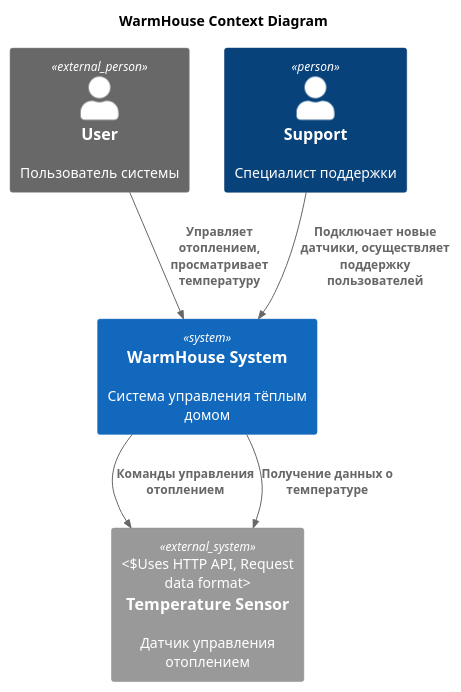
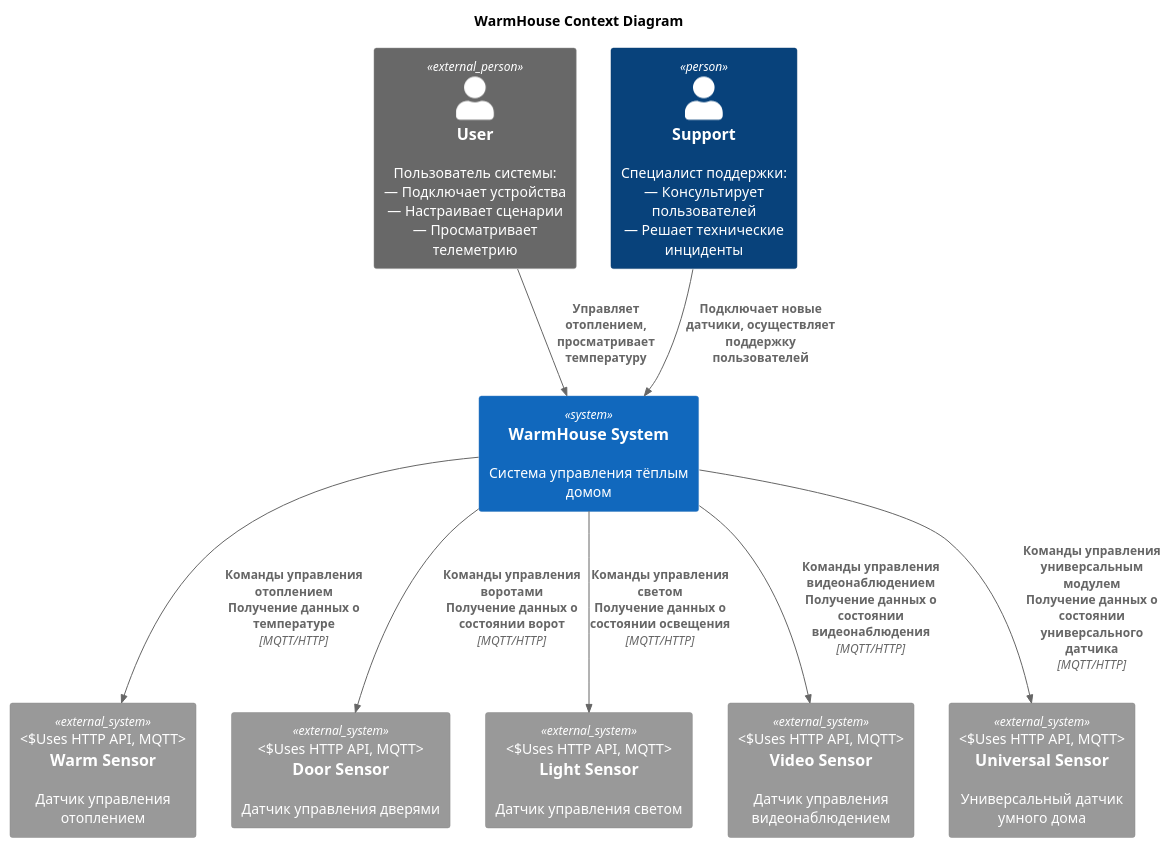
Before and after one commit to oreshkanet/ya-architecture-pro-warmhouse: the diagram in diagrams/context/WarmHouse_Context_TOBE.puml, drawn with PlantUML. The commit also changed 17 other files, not shown here.

Commit message:
Диаграммы context/container

```diff
--- a/diagrams/context/WarmHouse_Context_TOBE.puml
+++ b/diagrams/context/WarmHouse_Context_TOBE.puml
@@ -2,19 +2,28 @@
 @startuml
 title WarmHouse Context Diagram
 
 top to bottom direction
 
-!include ../c4/C4_Component.puml
+!include ../c4/C4_Context.puml
 
-Person_Ext(user, "User", "Пользователь системы ")
-Person(support, "Support", "Специалист поддержки")
+Person_Ext(User, "User", "Пользователь системы:\n— Подключает устройства\n— Настраивает сценарии\n— Просматривает телеметрию")
+Person(Support, "Support", "Специалист поддержки:\n— Консультирует пользователей\n— Решает технические инциденты")
+
 System(WarmHouseSystem, "WarmHouse System", "Система управления тёплым домом")
 
-System_Ext(sensor, "Temperature Sensor", "Датчик управления отоплением", "Uses HTTP API, Request data format")
+System_Ext(WarmSensor, "Warm Sensor", "Датчик управления отоплением", "Uses HTTP API, MQTT")
+System_Ext(DoorSensor, "Door Sensor", "Датчик управления дверями", "Uses HTTP API, MQTT")
+System_Ext(LightSensor, "Light Sensor", "Датчик управления светом", "Uses HTTP API, MQTT")
+System_Ext(VideoSensor, "Video Sensor", "Датчик управления видеонаблюдением", "Uses HTTP API, MQTT")
+System_Ext(UniversalSensor, "Universal Sensor", "Универсальный датчик умного дома", "Uses HTTP API, MQTT")
 
-Rel(user, WarmHouseSystem, "Управляет отоплением, просматривает температуру")
-Rel(support, WarmHouseSystem, "Подключает новые датчики, осуществляет поддержку пользователей")
-Rel(WarmHouseSystem, sensor, "Команды управления отоплением")
-Rel(WarmHouseSystem, sensor, "Получение данных о температуре")
+Rel(User, WarmHouseSystem, "Управляет отоплением, просматривает температуру")
+Rel(Support, WarmHouseSystem, "Подключает новые датчики, осуществляет поддержку пользователей")
+
+Rel(WarmHouseSystem, WarmSensor, "Команды управления отоплением\nПолучение данных о температуре", "MQTT/HTTP")
+Rel(WarmHouseSystem, DoorSensor, "Команды управления воротами\nПолучение данных о состоянии ворот", "MQTT/HTTP")
+Rel(WarmHouseSystem, LightSensor, "Команды управления светом\nПолучение данных о состоянии освещения", "MQTT/HTTP")
+Rel(WarmHouseSystem, VideoSensor, "Команды управления видеонаблюдением\nПолучение данных о состоянии видеонаблюдения", "MQTT/HTTP")
+Rel(WarmHouseSystem, UniversalSensor, "Команды управления универсальным модулем\nПолучение данных о состоянии универсального датчика", "MQTT/HTTP")
 
 @enduml
```
